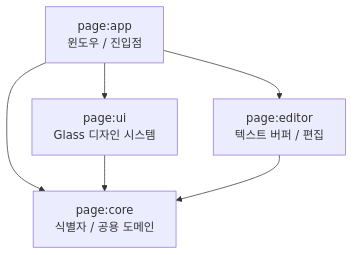
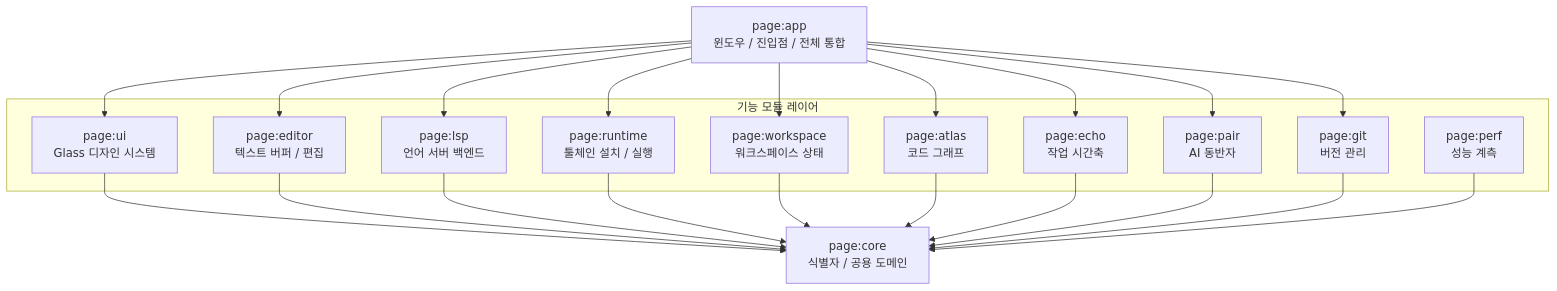
Before and after one commit to Monkshark/PAGE_IDE: the diagram in README.md, drawn with Mermaid. The commit also changed other lines of this file and 1 other file, not shown here.

````diff
--- a/README.md
+++ b/README.md
@@ -37,13 +56,22 @@
 ```mermaid
 graph TD
-    app[page:app<br/>윈도우 / 진입점]
-    ui[page:ui<br/>Glass 디자인 시스템]
-    editor[page:editor<br/>텍스트 버퍼 / 편집]
+    app[page:app<br/>윈도우 / 진입점 / 전체 통합]
+
+    subgraph 기능 모듈 레이어
+        ui[page:ui<br/>Glass 디자인 시스템]
+        editor[page:editor<br/>텍스트 버퍼 / 편집]
+        lsp[page:lsp<br/>언어 서버 백엔드]
+        runtime[page:runtime<br/>툴체인 설치 / 실행]
+        workspace[page:workspace<br/>워크스페이스 상태]
+        atlas[page:atlas<br/>코드 그래프]
+        echo[page:echo<br/>작업 시간축]
+        pair[page:pair<br/>AI 동반자]
+        git[page:git<br/>버전 관리]
+        perf[page:perf<br/>성능 계측]
+    end
+
     core[page:core<br/>식별자 / 공용 도메인]
 
-    app --> ui
-    app --> editor
-    app --> core
-    ui --> core
-    editor --> core
+    app --> ui & editor & lsp & runtime & workspace & atlas & echo & pair & git
+    ui & editor & lsp & runtime & workspace & atlas & echo & pair & git & perf --> core
 ```
````
